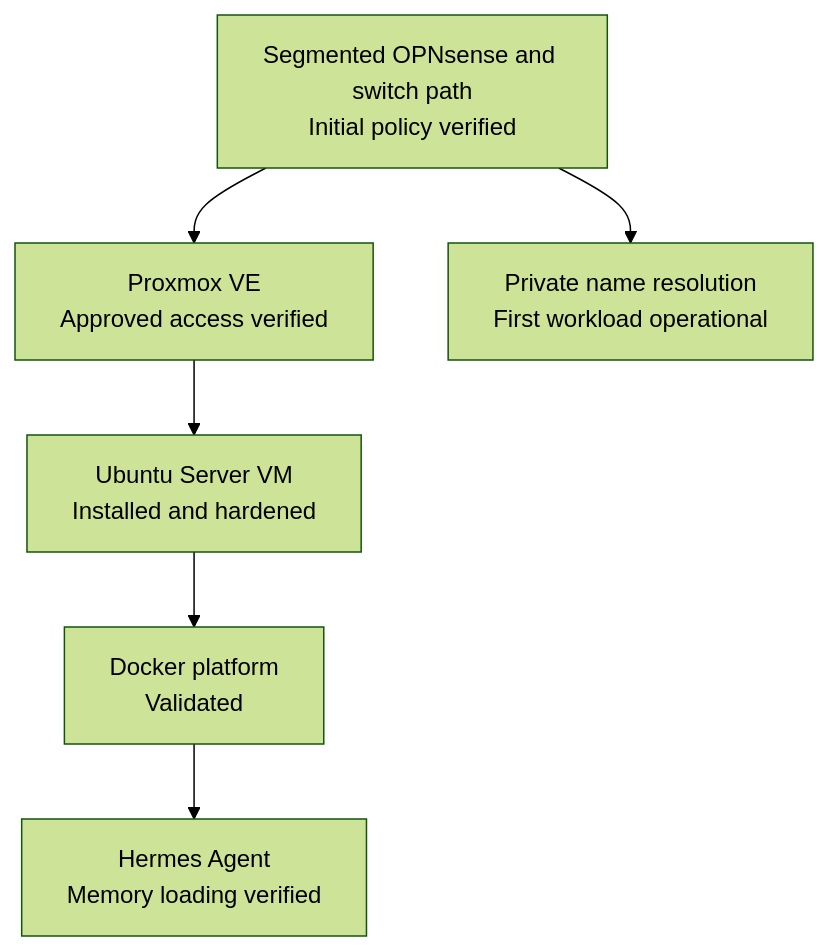
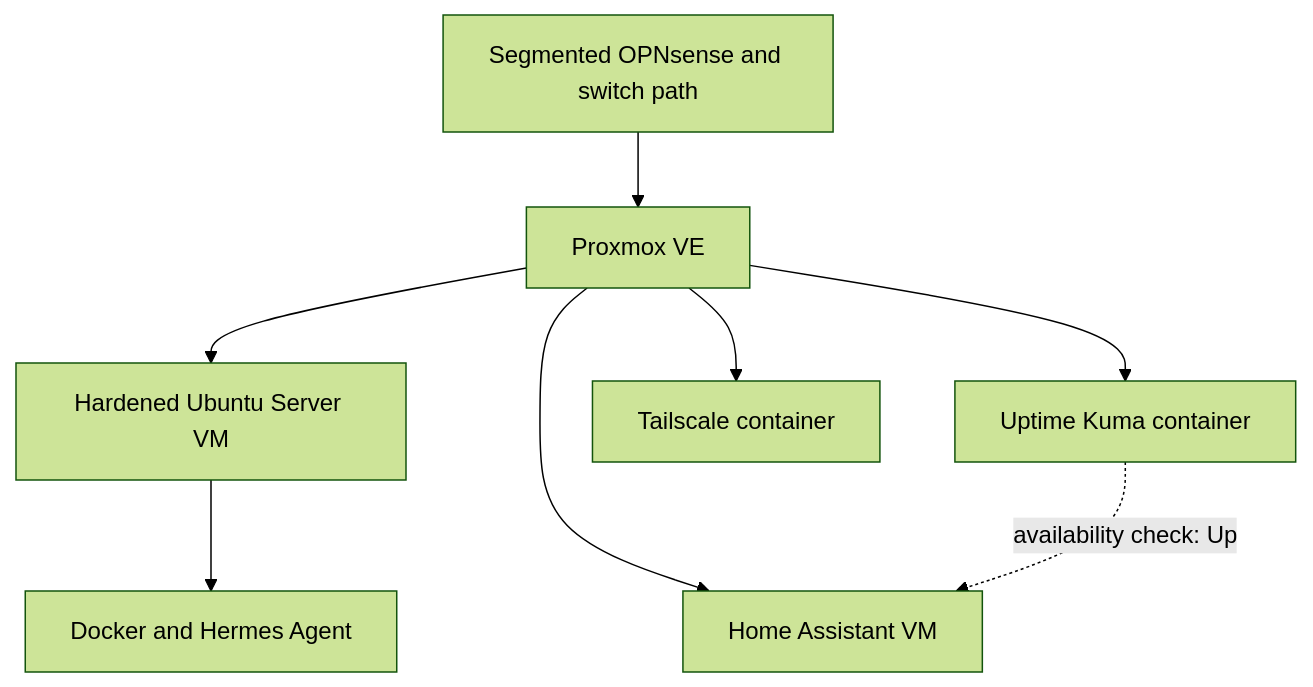
Before and after one commit to DeadPol8789/homelab: the diagram in docs/proxmox-installation.md, drawn with Mermaid (forest theme). The commit also changed other lines of this file and 13 other files, not shown here.

First line of the commit message:
Document Home Assistant and initial monitoring (#10)

````diff
--- a/docs/proxmox-installation.md
+++ b/docs/proxmox-installation.md
@@ -61,8 +70,10 @@
 ```mermaid
 flowchart TD
-    NET["Segmented OPNsense and switch path<br/>Initial policy verified"] --> PVE["Proxmox VE<br/>Approved access verified"]
-    PVE --> VM["Ubuntu Server VM<br/>Installed and hardened"]
-    NET --> DNS["Private name resolution<br/>First workload operational"]
-    VM --> DOCKER["Docker platform<br/>Validated"]
-    DOCKER --> HERMES["Hermes Agent<br/>Memory loading verified"]
+    NET["Segmented OPNsense and switch path"] --> PVE["Proxmox VE"]
+    PVE --> VM["Hardened Ubuntu Server VM"]
+    VM --> DOCKER["Docker and Hermes Agent"]
+    PVE --> HA["Home Assistant VM"]
+    PVE --> KUMA["Uptime Kuma container"]
+    PVE --> TS["Tailscale container"]
+    KUMA -. "availability check: Up" .-> HA
 ```
````
